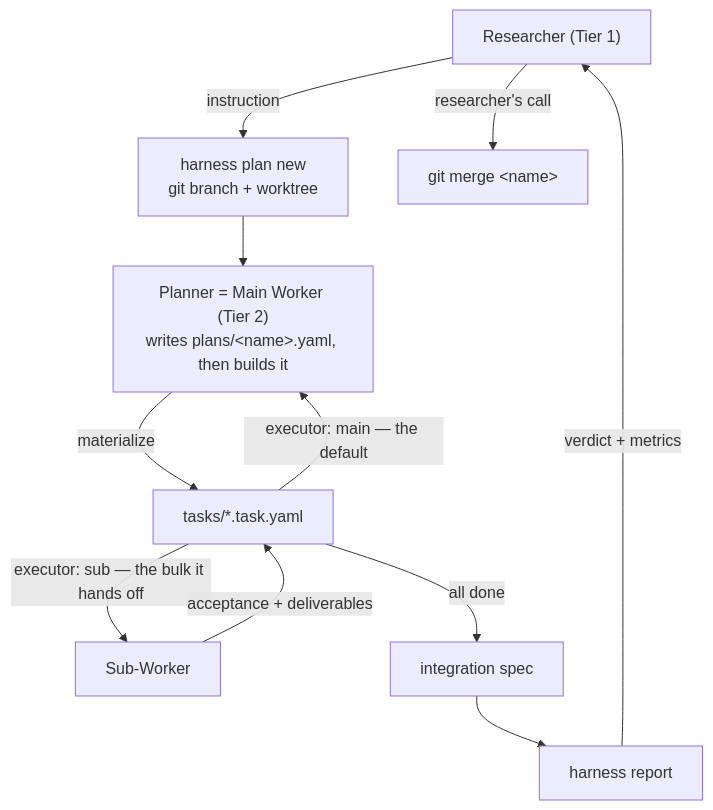
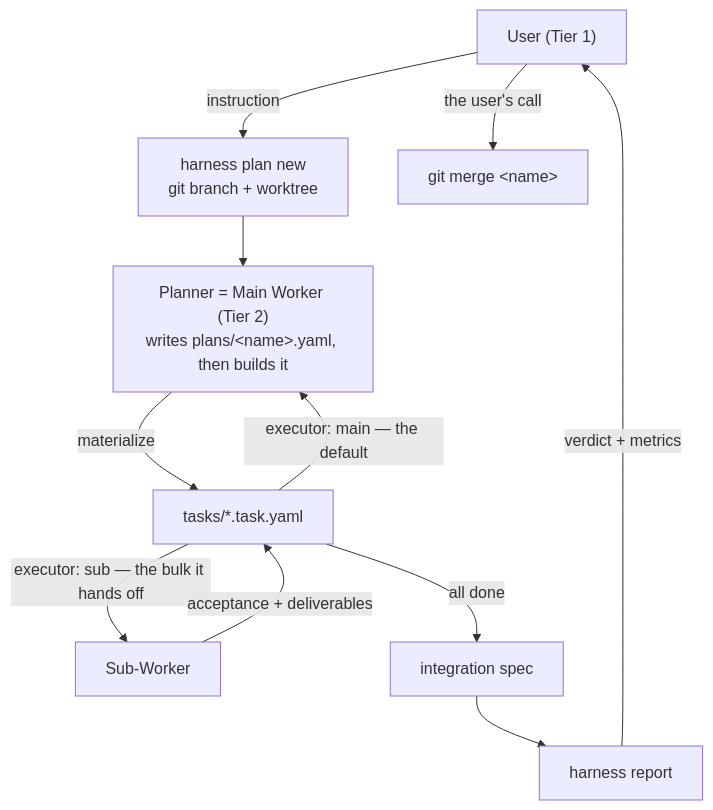
One commit to teasol/harness-template changed the diagram in docs/plans.md. Above: the diagram before and after it, drawn with Mermaid. The commit also changed other lines of this file and 19 other files, not shown here.

````diff
--- a/docs/plans.md
+++ b/docs/plans.md
@@ -17,13 +17,13 @@
 ```mermaid
 flowchart TD
-    R["Researcher (Tier 1)"] -->|"instruction"| E["harness plan new<br/>git branch + worktree"]
+    R["User (Tier 1)"] -->|"instruction"| E["harness plan new<br/>git branch + worktree"]
     E --> P["Planner = Main Worker (Tier 2)<br/>writes plans/&lt;name&gt;.yaml, then builds it"]
     P -->|"materialize"| T["tasks/*.task.yaml"]
     T -->|"executor: main — the default"| P
     T -->|"executor: sub — the bulk it hands off"| W["Sub-Worker"]
     W -->|"acceptance + deliverables"| T
     T -->|"all done"| I["integration spec"]
     I --> RPT["harness report"]
     RPT -->|"verdict + metrics"| R
-    R -->|"researcher's call"| M["git merge &lt;name&gt;"]
+    R -->|"the user's call"| M["git merge &lt;name&gt;"]
 ```
````
